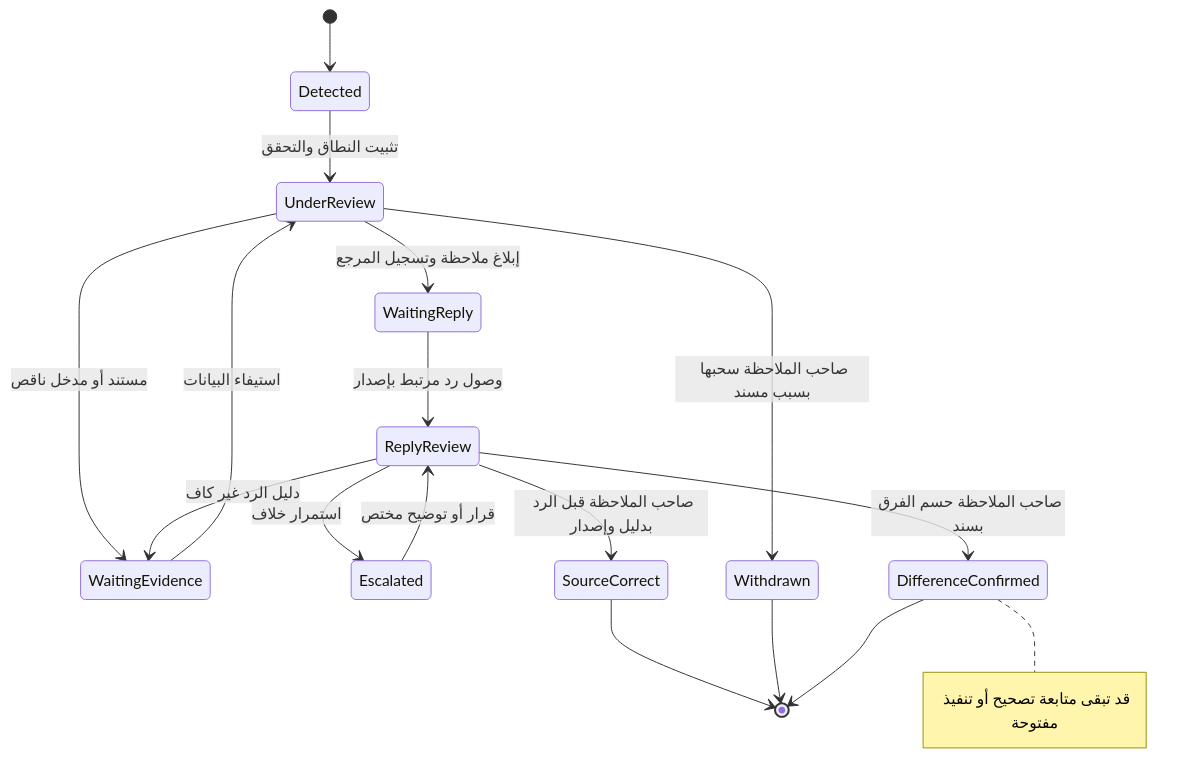
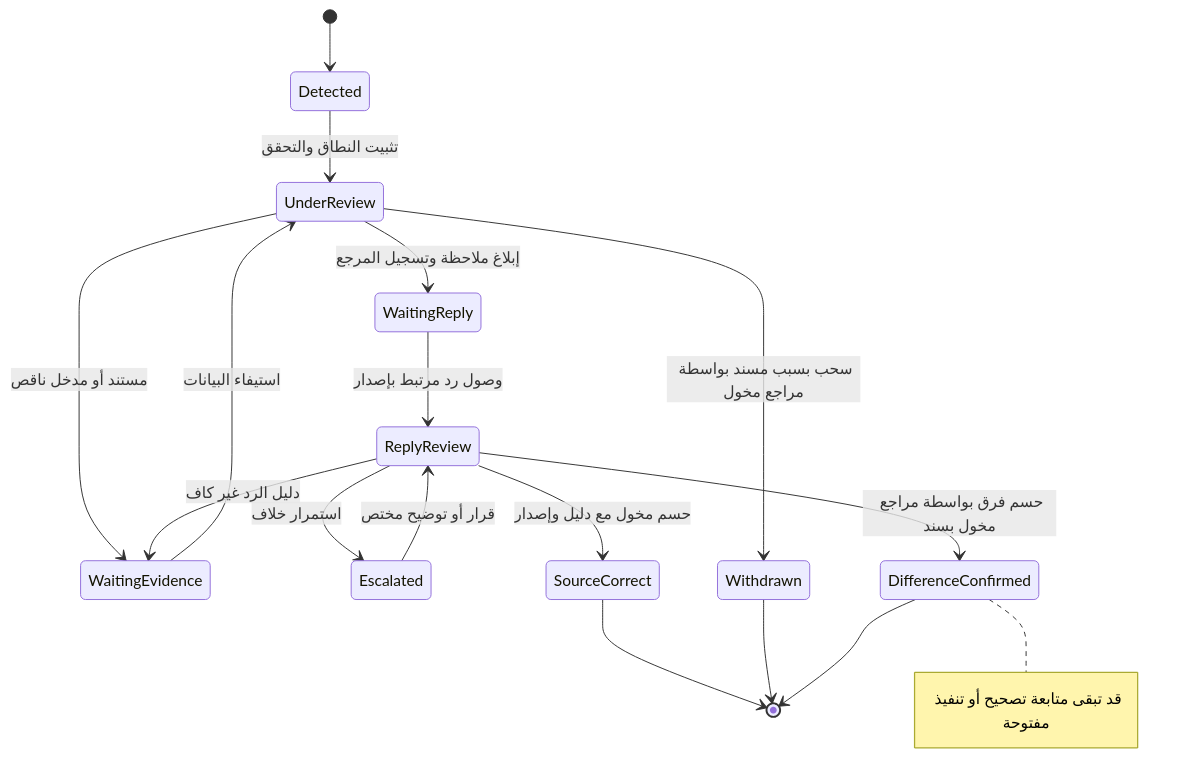
Before and after one commit to AlexandriaDeveloper/PayrollReviewSystem: the fourth of 5 diagrams in docs/planning/UML-AR.md, drawn with Mermaid. The commit also changed other lines of this file, not shown here.

````diff
--- a/docs/planning/UML-AR.md
+++ b/docs/planning/UML-AR.md
@@ -224,19 +247,19 @@
 ```mermaid
 stateDiagram-v2
   [*] --> Detected
   Detected --> UnderReview: تثبيت النطاق والتحقق
   UnderReview --> WaitingEvidence: مستند أو مدخل ناقص
   WaitingEvidence --> UnderReview: استيفاء البيانات
   UnderReview --> WaitingReply: إبلاغ ملاحظة وتسجيل المرجع
   WaitingReply --> ReplyReview: وصول رد مرتبط بإصدار
   ReplyReview --> WaitingEvidence: دليل الرد غير كاف
   ReplyReview --> Escalated: استمرار خلاف
   Escalated --> ReplyReview: قرار أو توضيح مختص
-  ReplyReview --> SourceCorrect: صاحب الملاحظة قبل الرد بدليل وإصدار
-  ReplyReview --> DifferenceConfirmed: صاحب الملاحظة حسم الفرق بسند
-  UnderReview --> Withdrawn: صاحب الملاحظة سحبها بسبب مسند
+  ReplyReview --> SourceCorrect: حسم مخول مع دليل وإصدار
+  ReplyReview --> DifferenceConfirmed: حسم فرق بواسطة مراجع مخول بسند
+  UnderReview --> Withdrawn: سحب بسبب مسند بواسطة مراجع مخول
   SourceCorrect --> [*]
   Withdrawn --> [*]
   DifferenceConfirmed --> [*]
   Note right of DifferenceConfirmed: قد تبقى متابعة تصحيح أو تنفيذ مفتوحة
 ```
````
